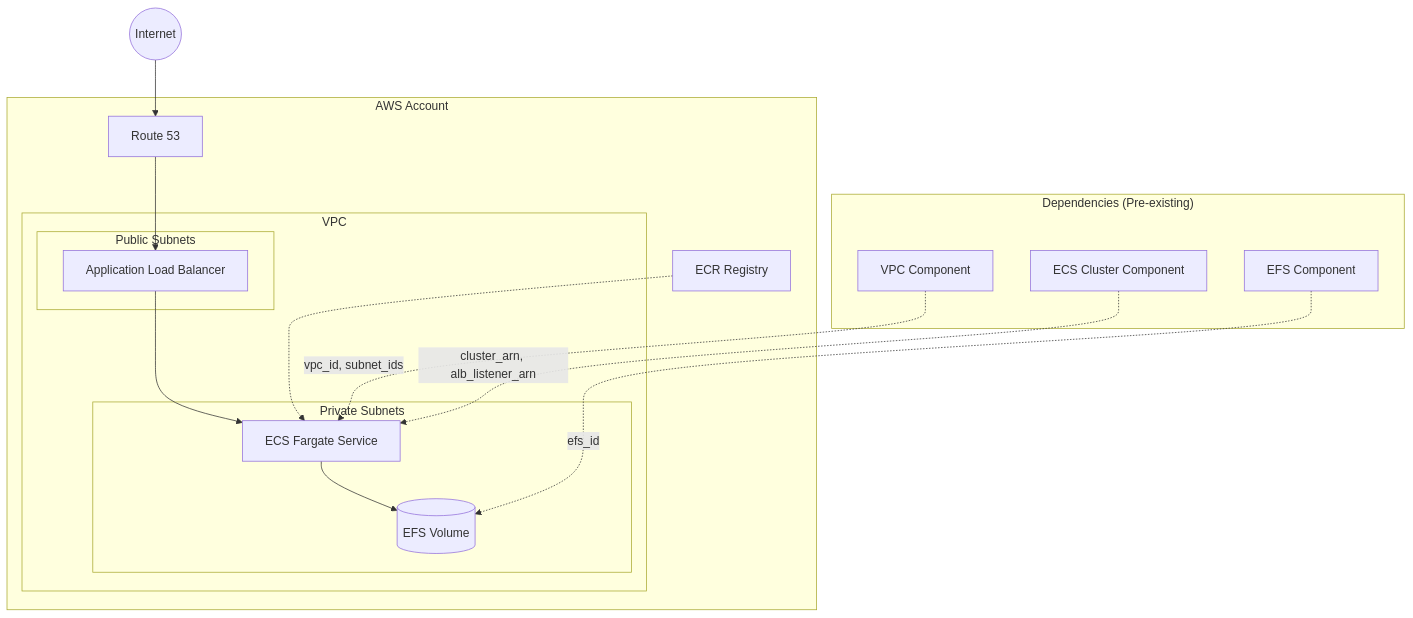
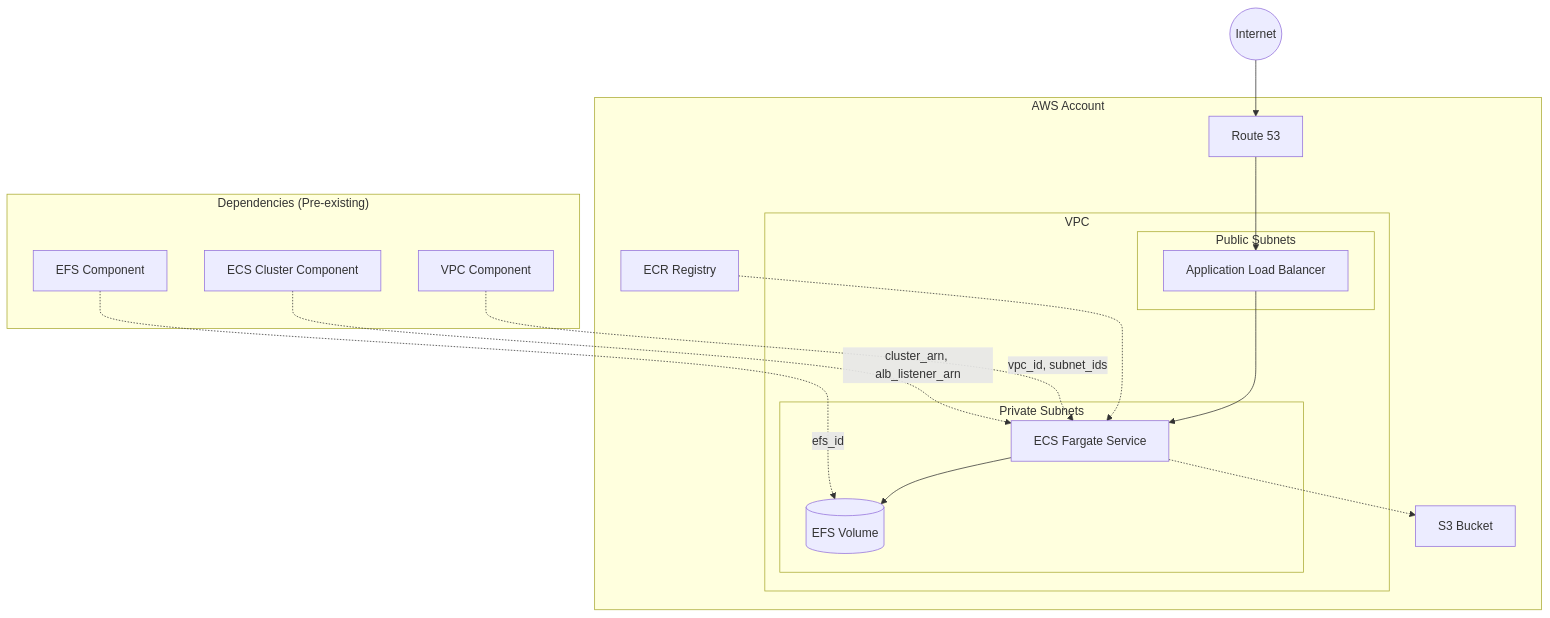
The first of 2 diagrams in .github/README.md (cloudposse-examples/atmos-native-ci-advanced), drawn with Mermaid before and after one commit. The commit also changed other lines of this file and 15 other files, not shown here.

````diff
--- a/.github/README.md
+++ b/.github/README.md
@@ -23,32 +28,34 @@
 ```mermaid
 graph TB
     subgraph "AWS Account"
         subgraph "VPC"
             subgraph "Private Subnets"
                 ECS[ECS Fargate Service]
                 EFS[(EFS Volume)]
             end
             subgraph "Public Subnets"
                 ALB[Application Load Balancer]
             end
         end
         ECR[ECR Registry]
         R53[Route 53]
+        S3[S3 Bucket]
     end
 
     Internet((Internet)) --> R53
     R53 --> ALB
     ALB --> ECS
     ECS --> EFS
+    ECS -.-> S3
     ECR -.-> ECS
 
     subgraph "Dependencies (Pre-existing)"
         VPC_DEP[VPC Component]
         ECS_DEP[ECS Cluster Component]
         EFS_DEP[EFS Component]
     end
 
     VPC_DEP -.->|vpc_id, subnet_ids| ECS
     ECS_DEP -.->|cluster_arn, alb_listener_arn| ECS
     EFS_DEP -.->|efs_id| EFS
 ```
````
